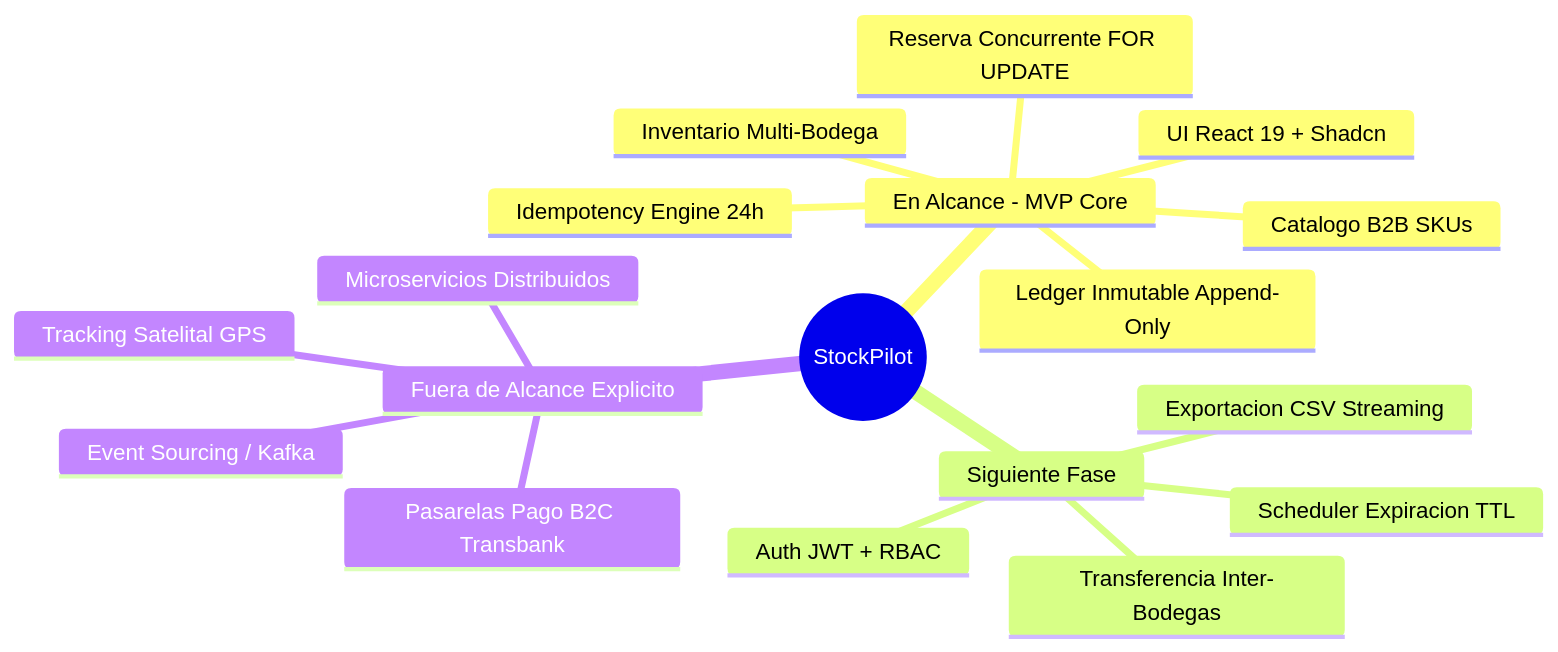
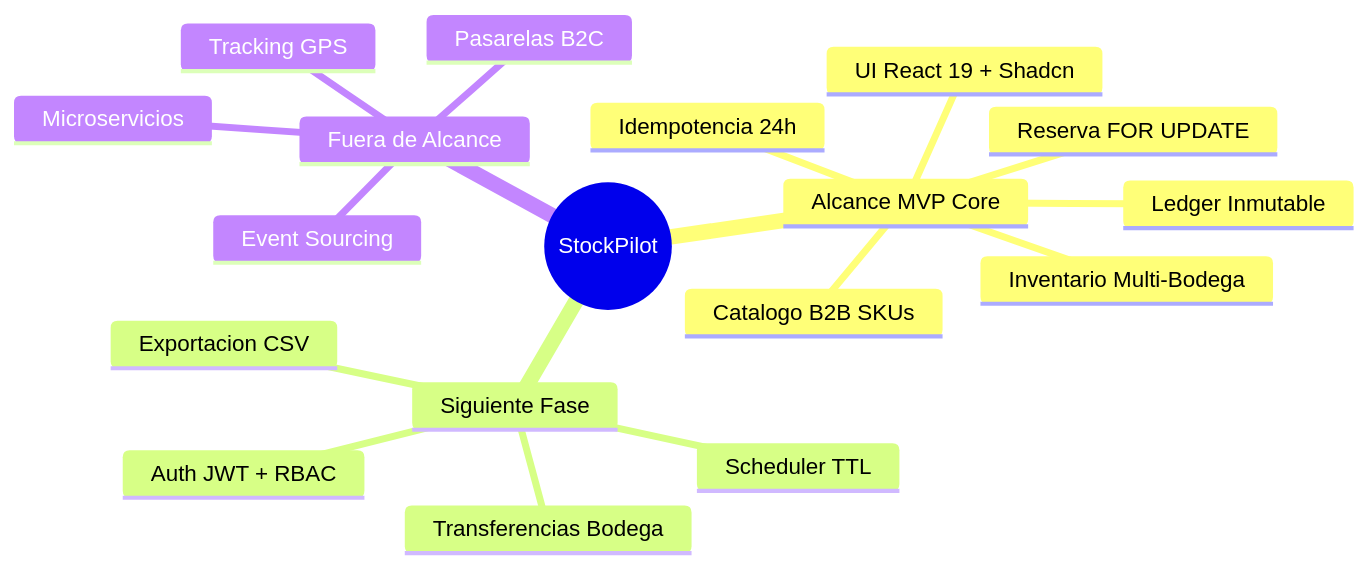
One commit to vivenegasl/stockpilot-b2b changed the first of 6 diagrams in docs/architecture/ARCHITECTURE.md. Above: the diagram before and after it, drawn with Mermaid. The commit also changed other lines of this file, not shown here.

First line of the commit message:
fix(docs): corrige formulas LaTeX y recorte de texto en diagramas Mermaid de ARCHITECTURE.md

````diff
--- a/docs/architecture/ARCHITECTURE.md
+++ b/docs/architecture/ARCHITECTURE.md
@@ -26,21 +26,21 @@
 ```mermaid
 mindmap
   root((StockPilot))
-    En Alcance - MVP Core
+    Alcance MVP Core
       Catalogo B2B SKUs
       Inventario Multi-Bodega
-      Reserva Concurrente FOR UPDATE
-      Idempotency Engine 24h
-      Ledger Inmutable Append-Only
+      Reserva FOR UPDATE
+      Idempotencia 24h
+      Ledger Inmutable
       UI React 19 + Shadcn
     Siguiente Fase
-      Scheduler Expiracion TTL
-      Exportacion CSV Streaming
-      Transferencia Inter-Bodegas
+      Scheduler TTL
+      Exportacion CSV
+      Transferencias Bodega
       Auth JWT + RBAC
-    Fuera de Alcance Explicito
-      Microservicios Distribuidos
-      Pasarelas Pago B2C Transbank
-      Tracking Satelital GPS
-      Event Sourcing / Kafka
+    Fuera de Alcance
+      Microservicios
+      Pasarelas B2C
+      Tracking GPS
+      Event Sourcing
 ```
````
